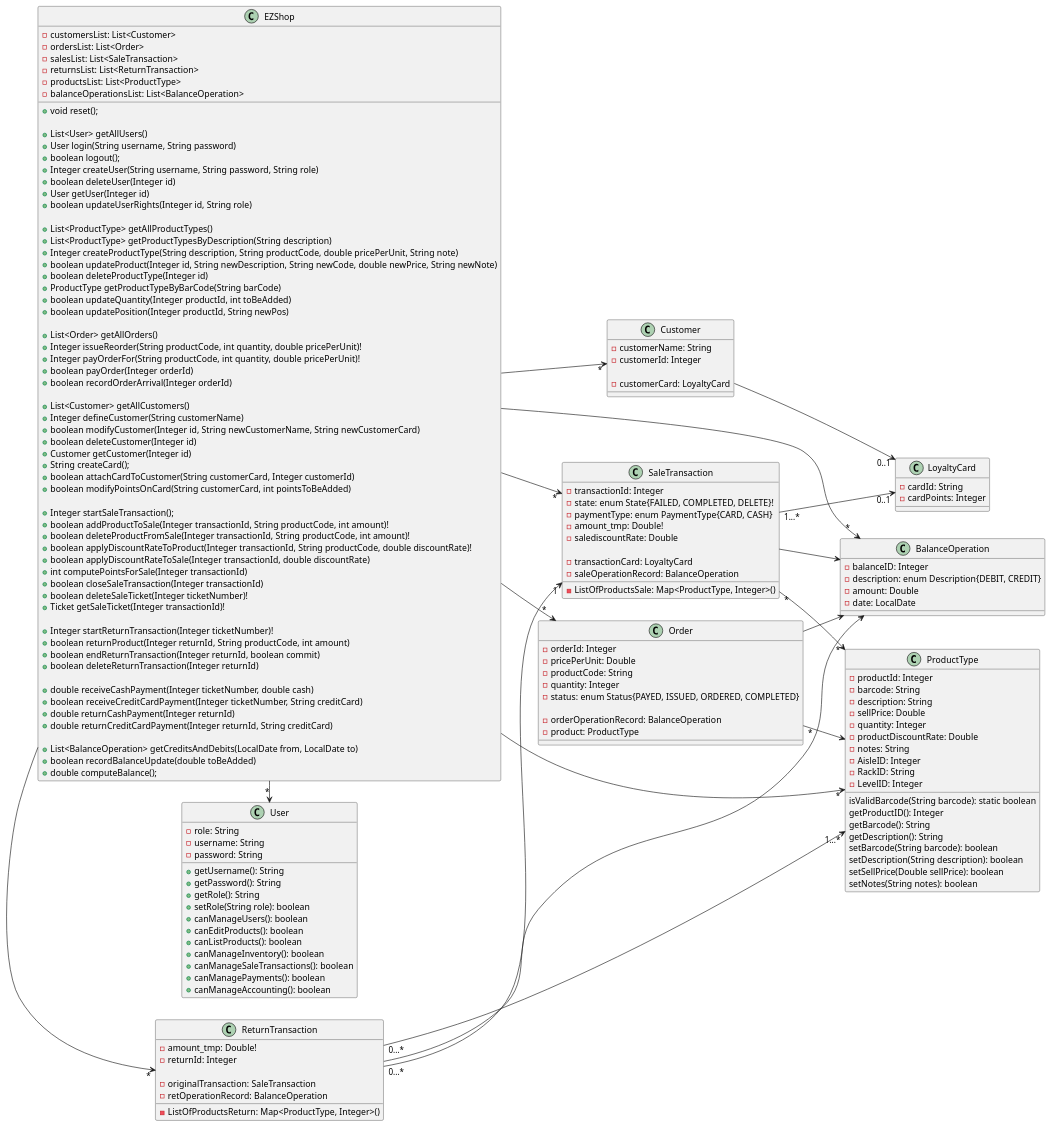
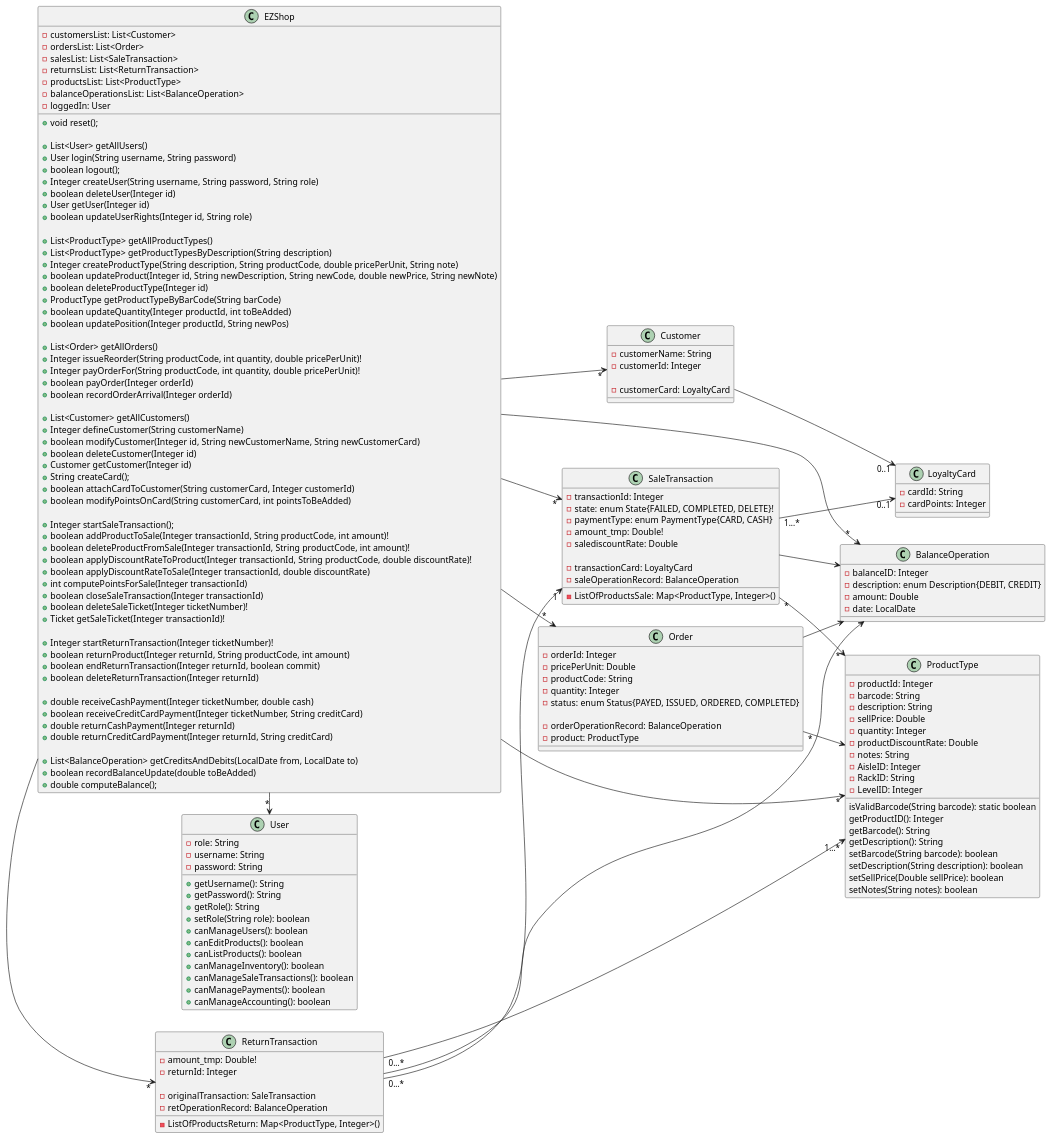
The diagram in Deliverables/DesignDocument.md (gioele-scaletta/EZShop-Software-Engineering-Project), drawn with PlantUML before and after one commit.

```diff
--- a/Deliverables/DesignDocument.md
+++ b/Deliverables/DesignDocument.md
@@ -49,6 +49,7 @@
     -returnsList: List<ReturnTransaction>
     -productsList: List<ProductType>
     -balanceOperationsList: List<BalanceOperation>
+    -loggedIn: User
 
     +void reset();
 
```
